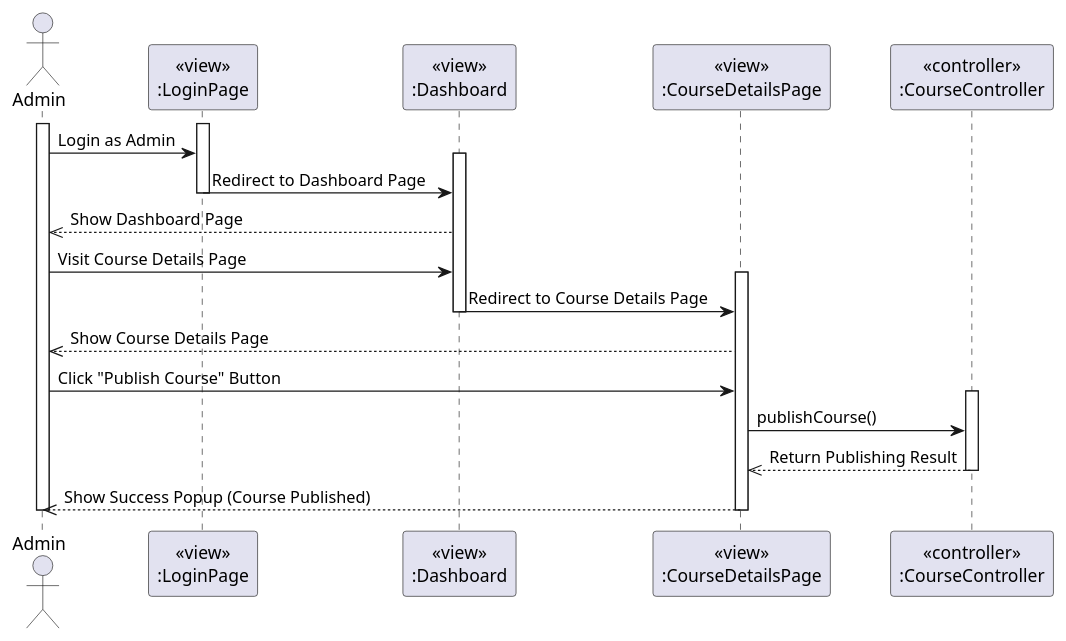
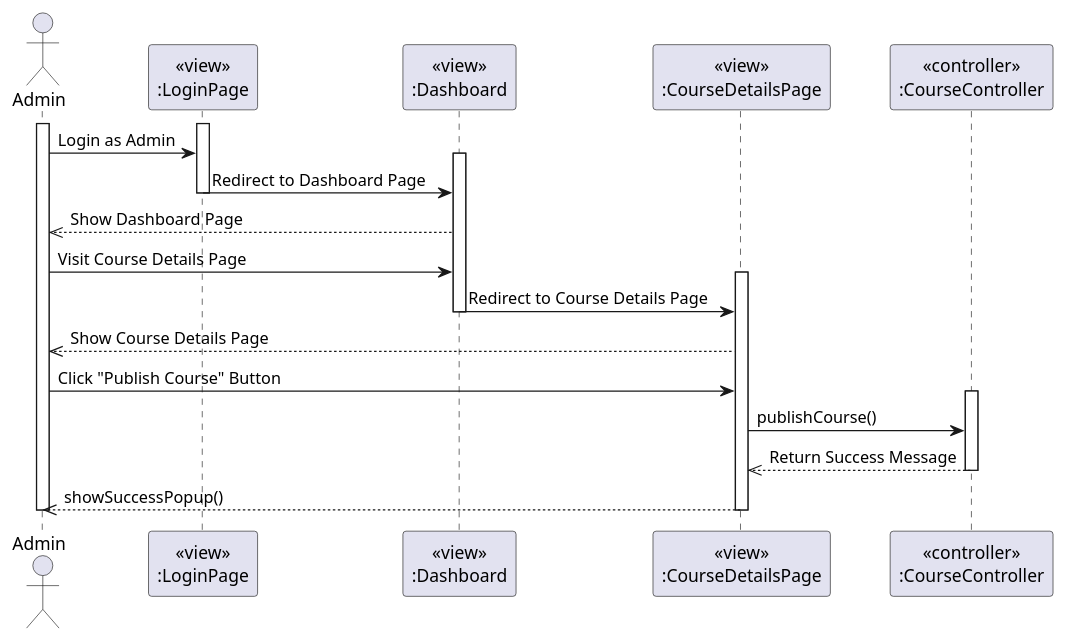
Before and after one commit to felixpherry/Lecturna-UML: the diagram in 067. Publish Course/Sequence Diagram.puml, drawn with PlantUML. The commit also changed 82 other files, not shown here.

Commit message:
Fix: Sequence Diagrams

```diff
--- a/067. Publish Course/Sequence Diagram.puml
+++ b/067. Publish Course/Sequence Diagram.puml
@@ -1,50 +1,50 @@
 @startuml PublishCourse
 actor Admin
 participant LoginPageView [
   <<view>>
   :LoginPage
 ]
 
 participant DashboardView [
   <<view>>
   :Dashboard
 ]
 
 participant CourseDetailsView [
   <<view>>
   :CourseDetailsPage
 ]
 
 participant CourseController [
   <<controller>>
   :CourseController
 ]
 
 activate Admin
 activate LoginPageView
 Admin -> LoginPageView: Login as Admin
 activate DashboardView
 LoginPageView -> DashboardView: Redirect to Dashboard Page
 deactivate LoginPageView
 
 DashboardView -->> Admin: Show Dashboard Page
 
 Admin -> DashboardView: Visit Course Details Page
 activate CourseDetailsView
 DashboardView -> CourseDetailsView: Redirect to Course Details Page
 deactivate DashboardView
 
 CourseDetailsView -->> Admin: Show Course Details Page
 
 Admin -> CourseDetailsView: Click "Publish Course" Button
 
 activate CourseController
 CourseDetailsView -> CourseController: publishCourse()
-CourseController -->> CourseDetailsView: Return Publishing Result
+CourseController -->> CourseDetailsView: Return Success Message
 deactivate CourseController
 
-CourseDetailsView -->> Admin: Show Success Popup (Course Published)
+CourseDetailsView -->> Admin: showSuccessPopup()
 
 deactivate Admin
 deactivate CourseDetailsView
 @enduml
```
